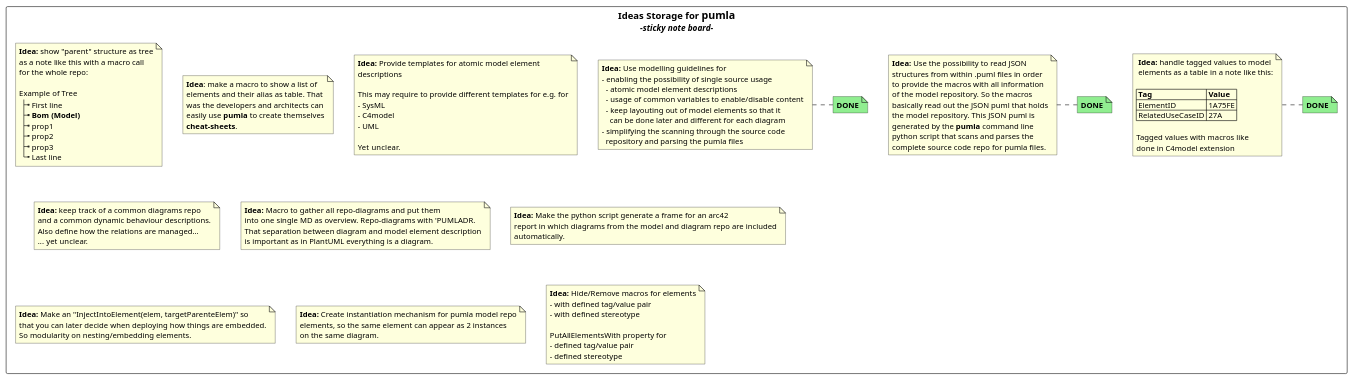
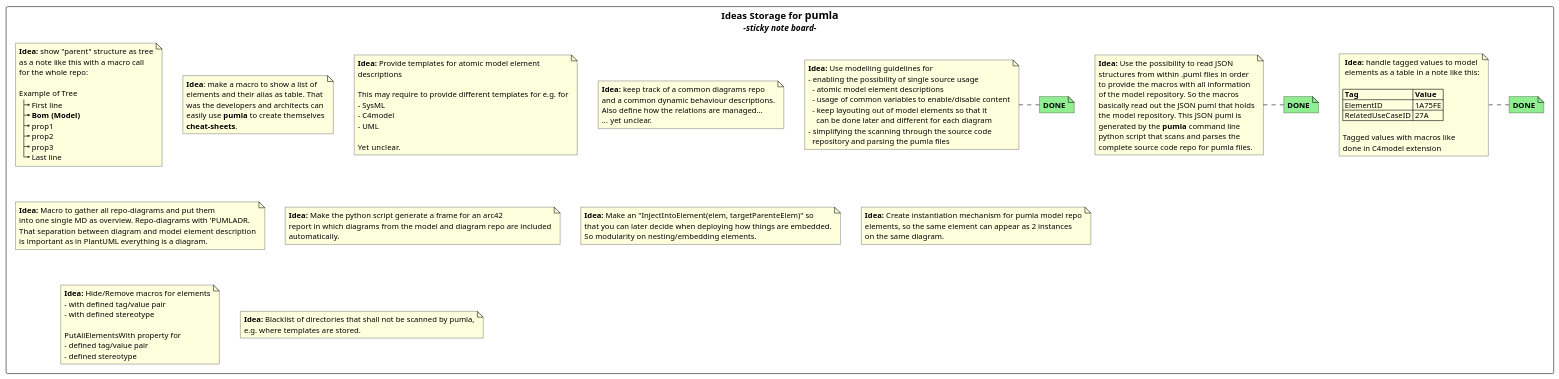
Before and after one commit to DrMarkusVoss/pumla: the diagram in ideas_storage.puml, drawn with PlantUML. The commit also changed 8 other files, not shown here.

```diff
--- a/ideas_storage.puml
+++ b/ideas_storage.puml
@@ -1,124 +1,129 @@
 @startuml
 
 
 
 rectangle "== Ideas Storage for **pumla**\n <i>-sticky note board- " {
 
 note as n1
    **Idea:** handle tagged values to model
    elements as a table in a note like this:
 
   |= Tag |= Value |
   | ElementID | 1A75FE |
   | RelatedUseCaseID | 27A |
 
   Tagged values with macros like
   done in C4model extension
 end note
 
 note right of n1 #back:lightGreen : **DONE**
 
 note as n2
 **Idea:** show "parent" structure as tree
 as a note like this with a macro call
 for the whole repo:
 
 Example of Tree
 |_ First line
 |_ **Bom (Model)**
 |_ prop1
 |_ prop2
 |_ prop3
 |_ Last line
 end note
 
 note as n3
 **Idea**: make a macro to show a list of
 elements and their alias as table. That
 was the developers and architects can
 easily use **pumla** to create themselves
 **cheat-sheets**.
 end note
 
 note as n4
 **Idea:** Use the possibility to read JSON
 structures from within .puml files in order
 to provide the macros with all information
 of the model repository. So the macros
 basically read out the JSON puml that holds
 the model repository. This JSON puml is
 generated by the **pumla** command line
 python script that scans and parses the
 complete source code repo for pumla files.
 end note
 
 note right of n4 #back:lightGreen : **DONE**
 
 note as n5
 **Idea:** Use modelling guidelines for
 - enabling the possibility of single source usage
   - atomic model element descriptions
   - usage of common variables to enable/disable content
   - keep layouting out of model elements so that it
     can be done later and different for each diagram
 - simplifying the scanning through the source code
   repository and parsing the pumla files
 end note
 
 note right of n5 #back:lightGreen : **DONE**
 
 note as n6
 **Idea:** Provide templates for atomic model element
 descriptions
 
 This may require to provide different templates for e.g. for
 - SysML
 - C4model
 - UML
 
 Yet unclear.
 end note
 
 note as n7
 **Idea:** keep track of a common diagrams repo
 and a common dynamic behaviour descriptions.
 Also define how the relations are managed...
 ... yet unclear.
 end note
 
 note as n8
 **Idea:** Macro to gather all repo-diagrams and put them
 into one single MD as overview. Repo-diagrams with 'PUMLADR.
 That separation between diagram and model element description
 is important as in PlantUML everything is a diagram.
 end note
 
 note as n9
 **Idea:** Make the python script generate a frame for an arc42
 report in which diagrams from the model and diagram repo are included
 automatically.
 end note
 
 note as n10
 **Idea:** Make an "InjectIntoElement(elem, targetParenteElem)" so
 that you can later decide when deploying how things are embedded.
 So modularity on nesting/embedding elements.
 end note
 
 note as n11
 **Idea:** Create instantiation mechanism for pumla model repo
 elements, so the same element can appear as 2 instances
 on the same diagram.
 end note
 
 note as n12
 **Idea:** Hide/Remove macros for elements
 - with defined tag/value pair
 - with defined stereotype
 
 PutAllElementsWith property for
 - defined tag/value pair
 - defined stereotype
 end note
+
+note as n13
+**Idea:** Blacklist of directories that shall not be scanned by pumla,
+e.g. where templates are stored.
+end note
 }
 @enduml
```
